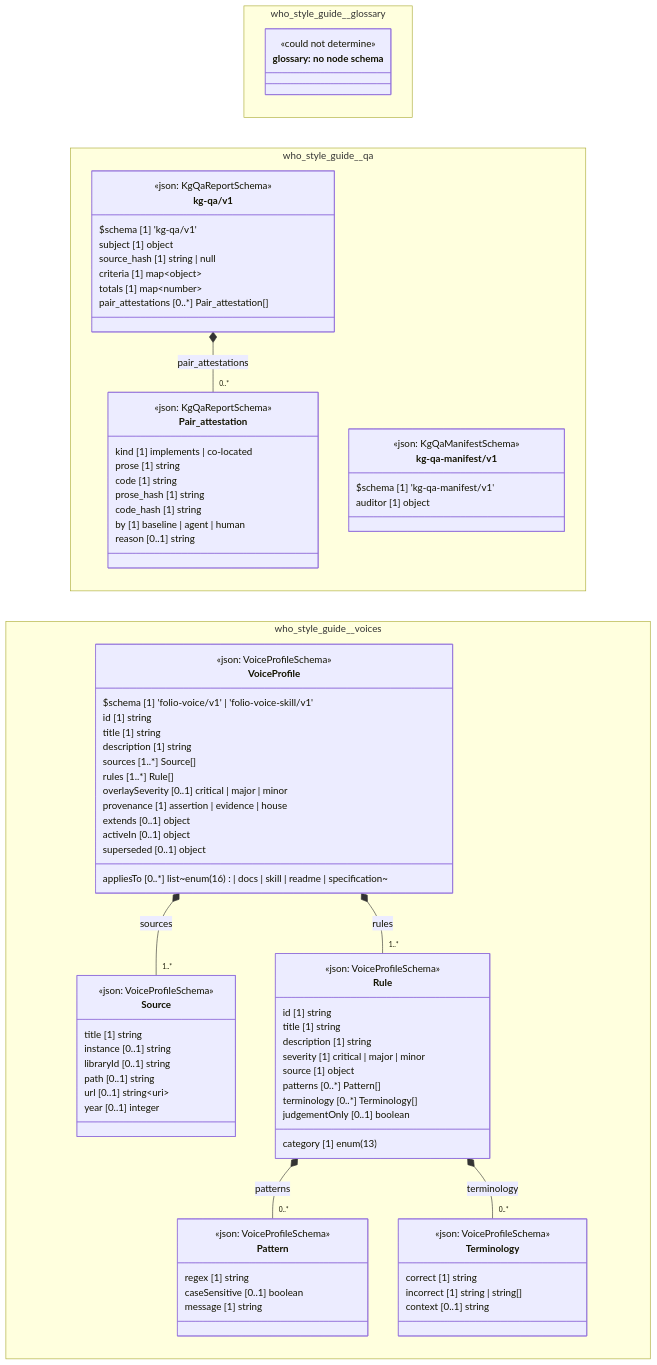
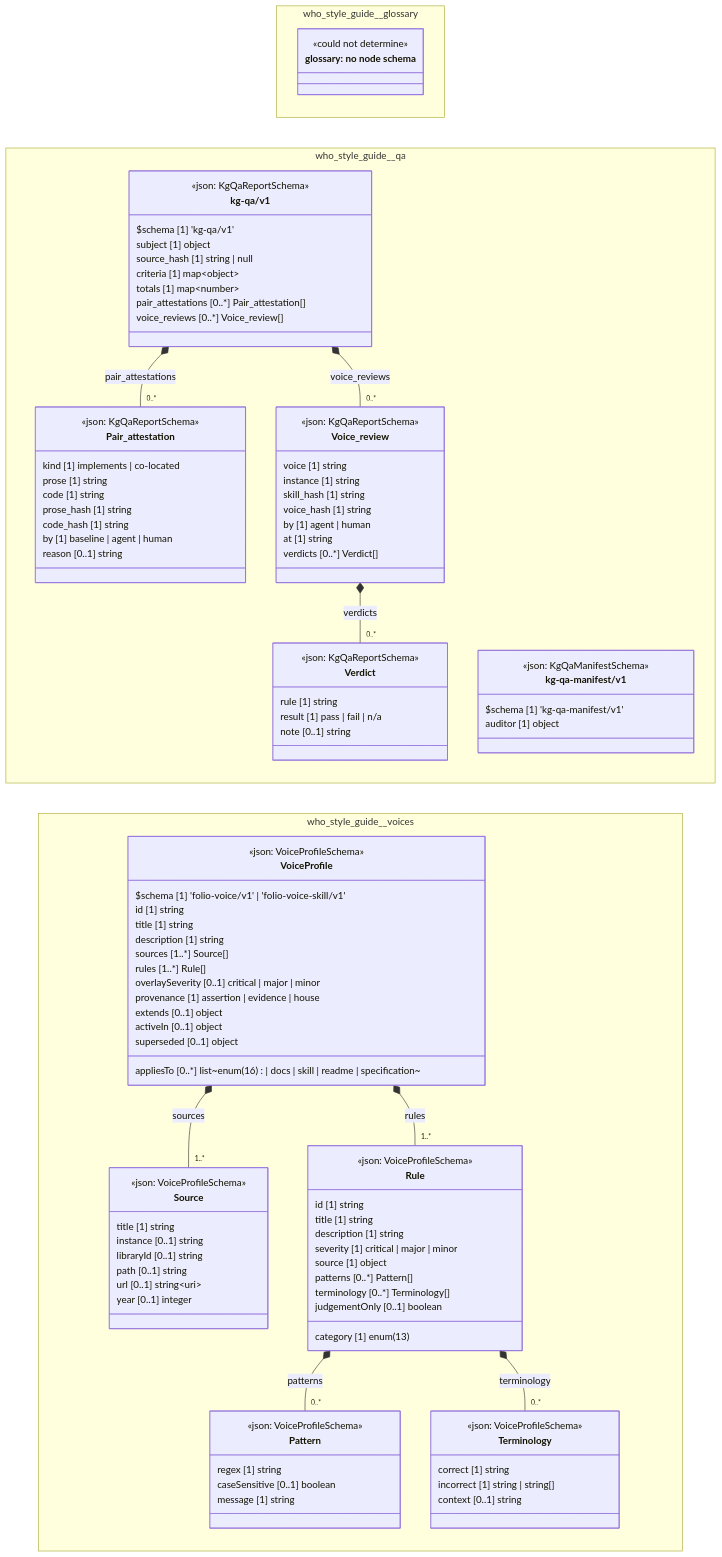
One commit to litlfred/folio-assistant changed the diagram in cat-harness/docs/uml/overview/who-style-guide.md. Above: the diagram before and after it, drawn with Mermaid. The commit also changed 573 other files, not shown here.

First line of the commit message:
rkqp: agentic review axis for skills against the skill voices

```diff
--- a/cat-harness/docs/uml/overview/who-style-guide.md
+++ b/cat-harness/docs/uml/overview/who-style-guide.md
@@ -62,6 +62,22 @@
       by [1] baseline | agent | human
       reason [0..1] string
     }
+    class who_style_guide_qa_kg_qa_v1_Verdict["Verdict"] {
+      <<json: KgQaReportSchema>>
+      rule [1] string
+      result [1] pass | fail | n/a
+      note [0..1] string
+    }
+    class who_style_guide_qa_kg_qa_v1_Voice_review["Voice_review"] {
+      <<json: KgQaReportSchema>>
+      voice [1] string
+      instance [1] string
+      skill_hash [1] string
+      voice_hash [1] string
+      by [1] agent | human
+      at [1] string
+      verdicts [0..*] Verdict[]
+    }
     class who_style_guide_qa_kg_qa_v1_kg_qa_v1["kg-qa/v1"] {
       <<json: KgQaReportSchema>>
       $schema [1] 'kg-qa/v1'
@@ -70,6 +86,7 @@
       criteria [1] map~object~
       totals [1] map~number~
       pair_attestations [0..*] Pair_attestation[]
+      voice_reviews [0..*] Voice_review[]
     }
     class who_style_guide_qa_kg_qa_manifest_v1_kg_qa_manifest_v1["kg-qa-manifest/v1"] {
       <<json: KgQaManifestSchema>>
@@ -130,7 +147,11 @@
   cssClass "n_who_style_guide_glossary_glossary" fa_uml_kind_glossary
   cssClass "n_who_style_guide_glossary_glossary" fa_uml_undetermined
   who_style_guide_qa_kg_qa_v1_kg_qa_v1 *-- "0..*" who_style_guide_qa_kg_qa_v1_Pair_attestation : pair_attestations
+  who_style_guide_qa_kg_qa_v1_Voice_review *-- "0..*" who_style_guide_qa_kg_qa_v1_Verdict : verdicts
+  who_style_guide_qa_kg_qa_v1_kg_qa_v1 *-- "0..*" who_style_guide_qa_kg_qa_v1_Voice_review : voice_reviews
   cssClass "who_style_guide_qa_kg_qa_v1_Pair_attestation" fa_uml_kind_qa
+  cssClass "who_style_guide_qa_kg_qa_v1_Verdict" fa_uml_kind_qa
+  cssClass "who_style_guide_qa_kg_qa_v1_Voice_review" fa_uml_kind_qa
   cssClass "who_style_guide_qa_kg_qa_v1_kg_qa_v1" fa_uml_kind_qa
   cssClass "who_style_guide_qa_kg_qa_manifest_v1_kg_qa_manifest_v1" fa_uml_kind_qa
   who_style_guide_voices_VoiceProfile *-- "1..*" who_style_guide_voices_Source : sources
```
